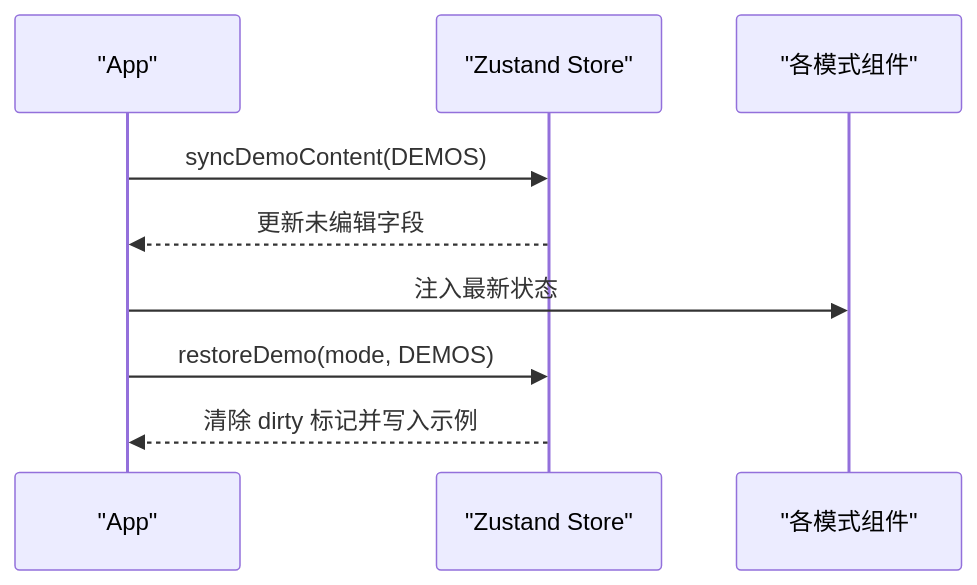
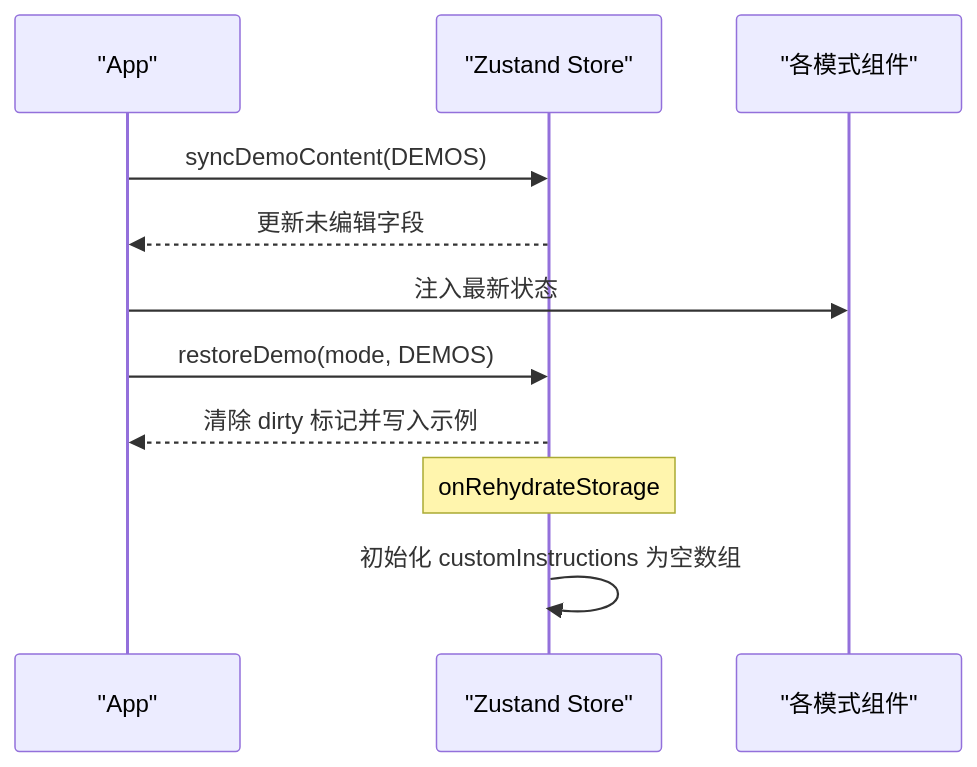
One commit to ZhongXiandou/markdown2view changed the seventh of 8 diagrams in .qoder/repowiki/zh/content/架构设计/状态管理架构.md. Above: the diagram before and after it, drawn with Mermaid. The commit also changed other lines of this file and 35 other files, not shown here.

````diff
--- a/.qoder/repowiki/zh/content/架构设计/状态管理架构.md
+++ b/.qoder/repowiki/zh/content/架构设计/状态管理架构.md
@@ -239,11 +315,13 @@
 ```mermaid
 sequenceDiagram
 participant App as "App"
 participant Store as "Zustand Store"
 participant Modes as "各模式组件"
 App->>Store : syncDemoContent(DEMOS)
 Store-->>App : 更新未编辑字段
 App->>Modes : 注入最新状态
 App->>Store : restoreDemo(mode, DEMOS)
 Store-->>App : 清除 dirty 标记并写入示例
+Note over Store : onRehydrateStorage
+Store->>Store : 初始化 customInstructions 为空数组
 ```
````
